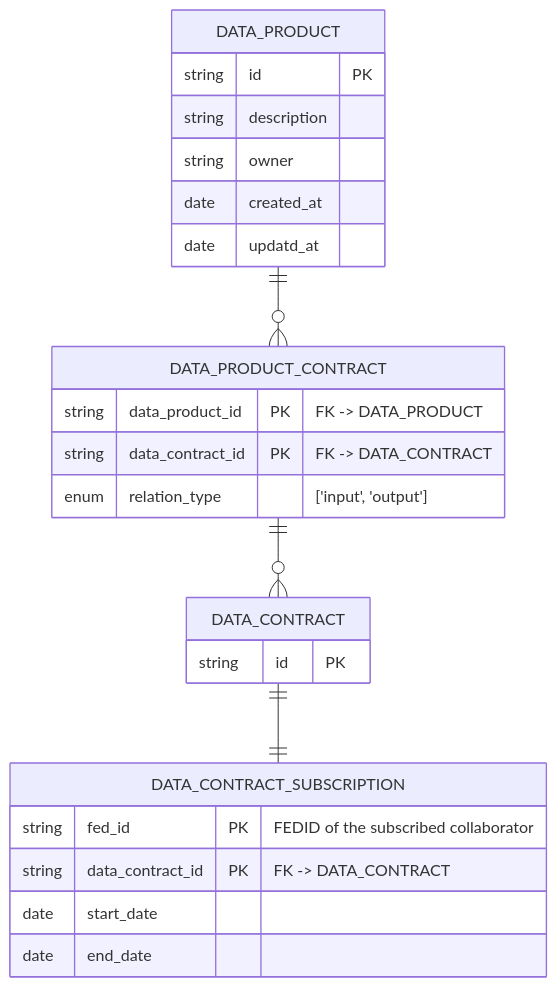
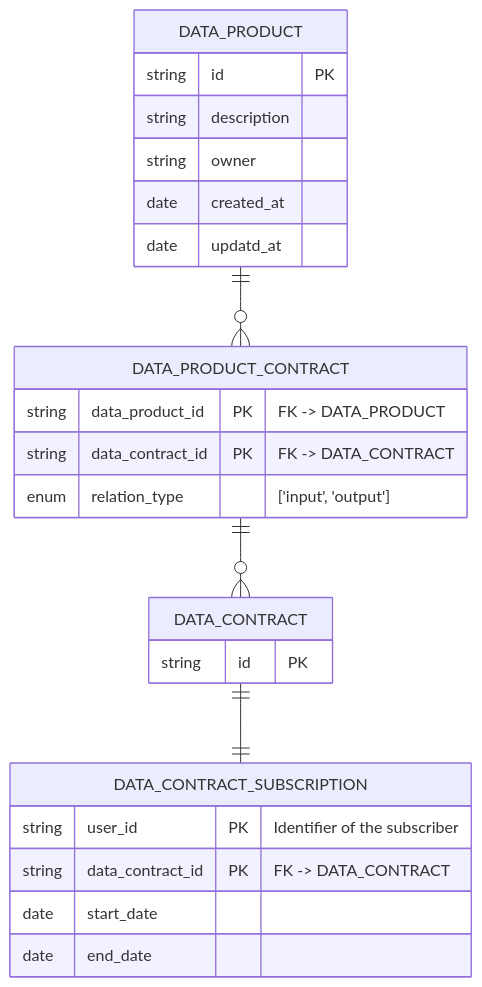
The diagram in docs/relational_model.md (monmaya/base-impl), drawn with Mermaid before and after one commit.

````diff
--- a/docs/relational_model.md
+++ b/docs/relational_model.md
@@ -5,37 +5,37 @@
 ```mermaid
 
 erDiagram
 
     DATA_PRODUCT {
         string id PK
         string description
         string owner
         date created_at
         date updatd_at
     }
 
     DATA_CONTRACT {
         string id PK
     }
 
     DATA_PRODUCT ||--o{ DATA_PRODUCT_CONTRACT : ""
 
     DATA_PRODUCT_CONTRACT {
         string data_product_id PK "FK -> DATA_PRODUCT"
         string data_contract_id PK "FK -> DATA_CONTRACT"
         enum relation_type "['input', 'output']"
     }
 
     DATA_CONTRACT_SUBSCRIPTION {
-        string fed_id PK "FEDID of the subscribed collaborator"
+        string user_id PK "Identifier of the subscriber"
         string data_contract_id PK "FK -> DATA_CONTRACT"
         date start_date
         date end_date 
     }
 
     DATA_PRODUCT_CONTRACT ||--o{ DATA_CONTRACT : ""
 
     DATA_CONTRACT ||--|| DATA_CONTRACT_SUBSCRIPTION : ""
 
 
   ```
````
